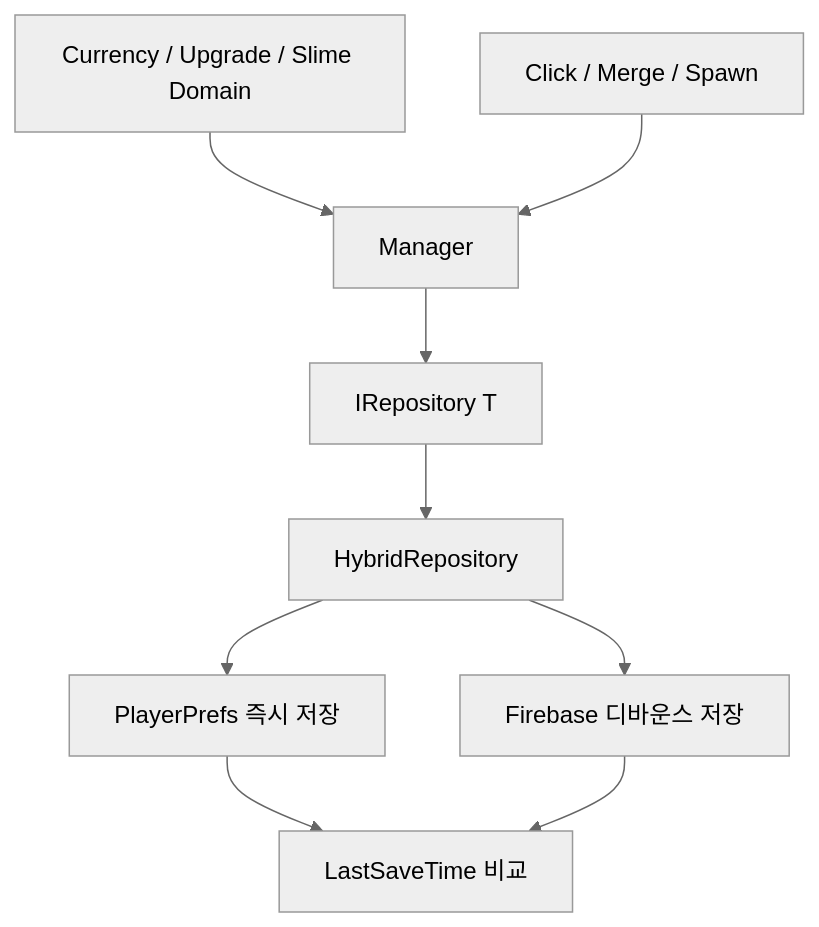
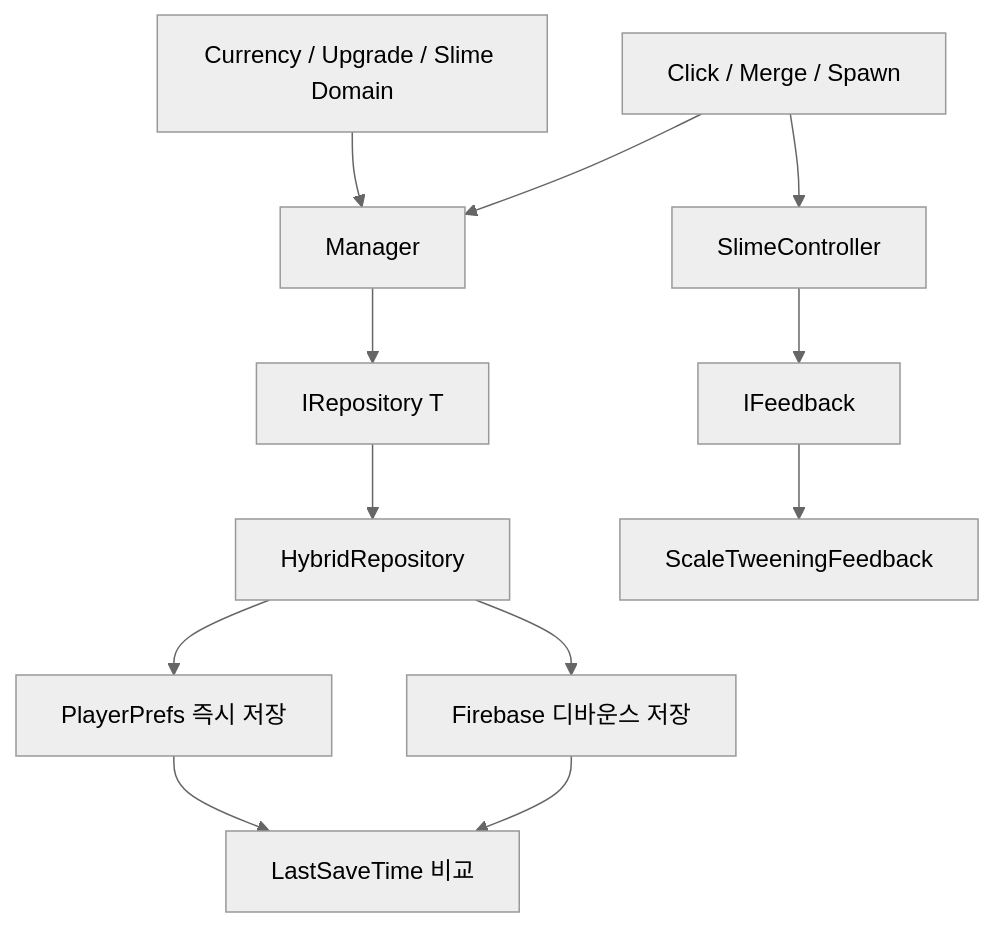
Before and after one commit to jjh770/Unity-Portfolio-Code: the diagram in MonsterKindergarten/README.md, drawn with Mermaid (neutral theme). The commit also changed other lines of this file and 5 other files, not shown here.

````diff
--- a/MonsterKindergarten/README.md
+++ b/MonsterKindergarten/README.md
@@ -24,11 +25,15 @@
 ```mermaid
 flowchart TD
     A[Currency / Upgrade / Slime Domain] --> B[Manager]
     B --> C[IRepository T]
     C --> D[HybridRepository]
     D --> E[PlayerPrefs 즉시 저장]
     D --> F[Firebase 디바운스 저장]
     E --> G[LastSaveTime 비교]
     F --> G
+
     H[Click / Merge / Spawn] --> B
+    H --> I[SlimeController]
+    I --> J[IFeedback]
+    J --> K[ScaleTweeningFeedback]
 ```
````
